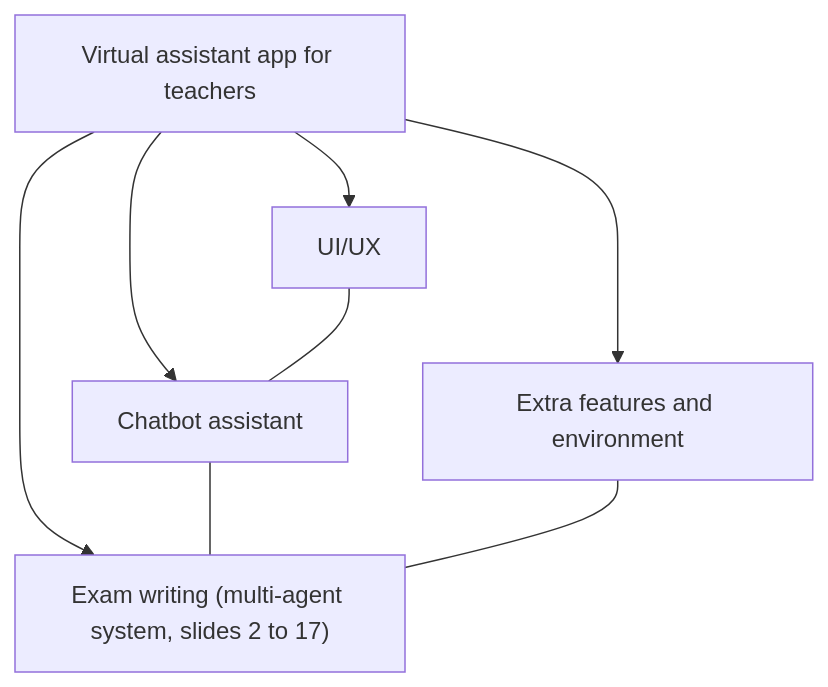
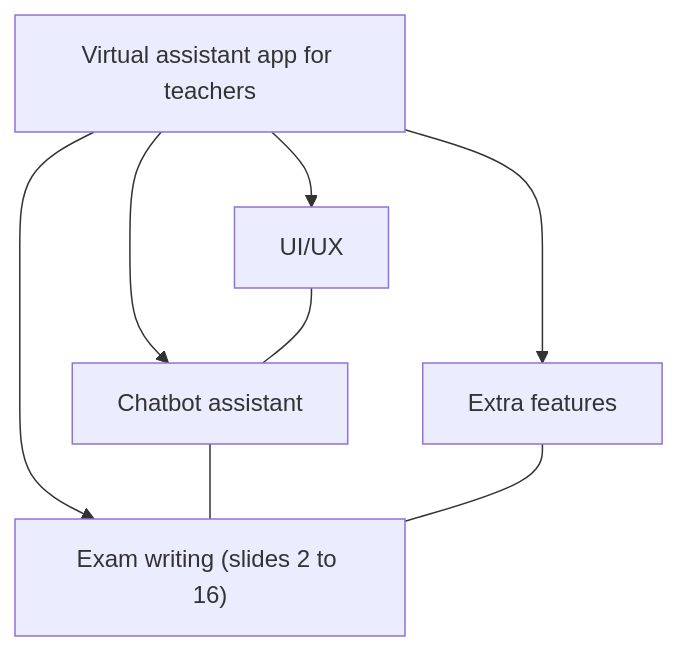
Before and after one commit to ndmhuy/ASTRA: diagram 14 of 16 in docs/ct-slide-plan.en.md, drawn with Mermaid. The commit also changed other lines of this file and 1 other file, not shown here.

First line of the commit message:
docs(slides): apply team review to CT slide plan (v2)

````diff
--- a/docs/ct-slide-plan.en.md
+++ b/docs/ct-slide-plan.en.md
@@ -681,11 +556,11 @@
 ```mermaid
 flowchart TD
     APP["Virtual assistant app for teachers"]
-    APP --> A["Exam writing (multi-agent system, slides 2 to 17)"]
+    APP --> A["Exam writing (slides 2 to 16)"]
     APP --> B["UI/UX"]
     APP --> C["Chatbot assistant"]
-    APP --> D["Extra features and environment"]
+    APP --> D["Extra features"]
     B --- C
     C --- A
     D --- A
 ```
````
